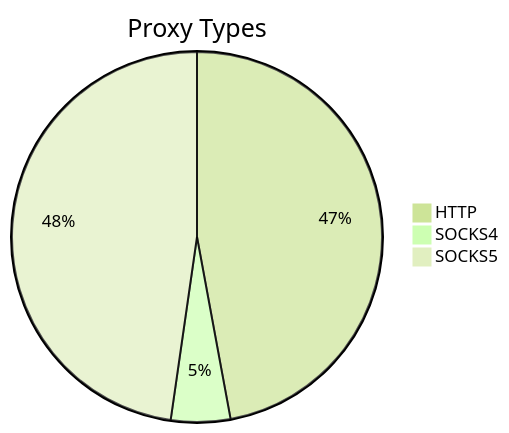
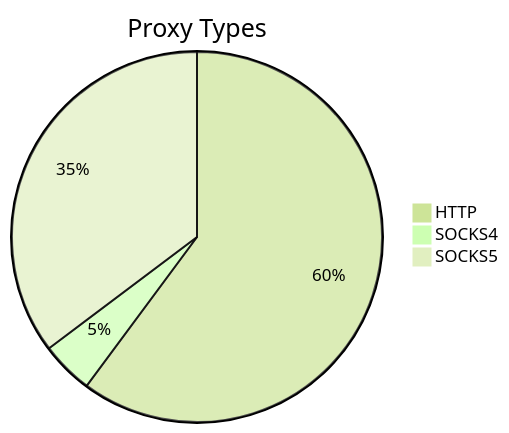
The first of 2 diagrams in README.md (stormsia/proxy-list), drawn with Mermaid (forest theme) before and after one commit. The commit also changed other lines of this file, not shown here.

````diff
--- a/README.md
+++ b/README.md
@@ -21,6 +21,6 @@
 ```mermaid
 pie title Proxy Types
-    "HTTP" : 900
-    "SOCKS4" : 99
-    "SOCKS5" : 912
+    "HTTP" : 945
+    "SOCKS4" : 72
+    "SOCKS5" : 554
 ```
````
